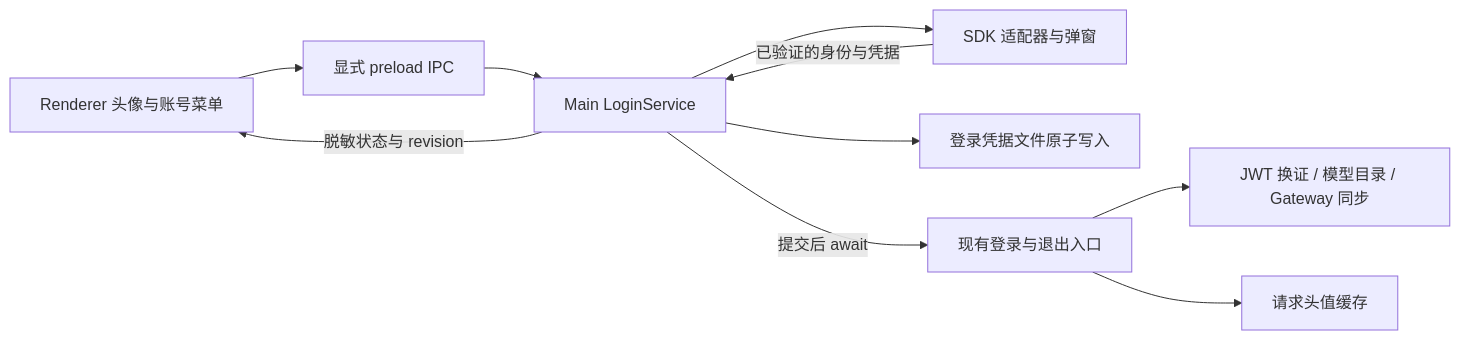
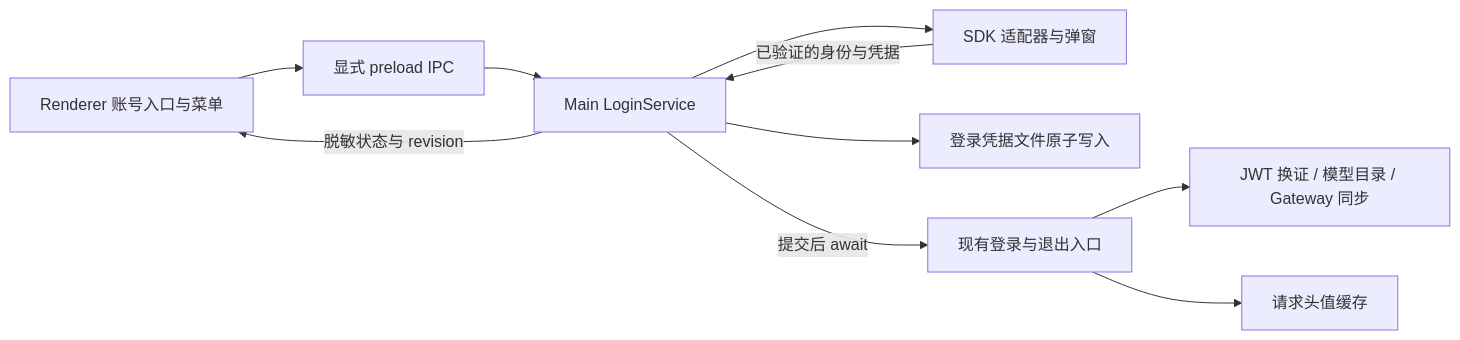
The diagram in docs/features/integrations/login-sdk-template.md (liangxhao/JustDo), drawn with Mermaid before and after one commit. The commit also changed other lines of this file and 1 other file, not shown here.

````diff
--- a/docs/features/integrations/login-sdk-template.md
+++ b/docs/features/integrations/login-sdk-template.md
@@ -24,12 +26,12 @@
 ```mermaid
 flowchart LR
-  UI[Renderer 头像与账号菜单] --> Bridge[显式 preload IPC]
+  UI[Renderer 账号入口与菜单] --> Bridge[显式 preload IPC]
   Bridge --> Service[Main LoginService]
   Service --> SDK[SDK 适配器与弹窗]
   SDK -->|已验证的身份与凭据| Service
   Service --> File[登录凭据文件原子写入]
   Service -->|提交后 await| Hooks[现有登录与退出入口]
   Hooks --> Models[JWT 换证 / 模型目录 / Gateway 同步]
   Hooks --> Headers[请求头值缓存]
   Service -->|脱敏状态与 revision| UI
 ```
````
